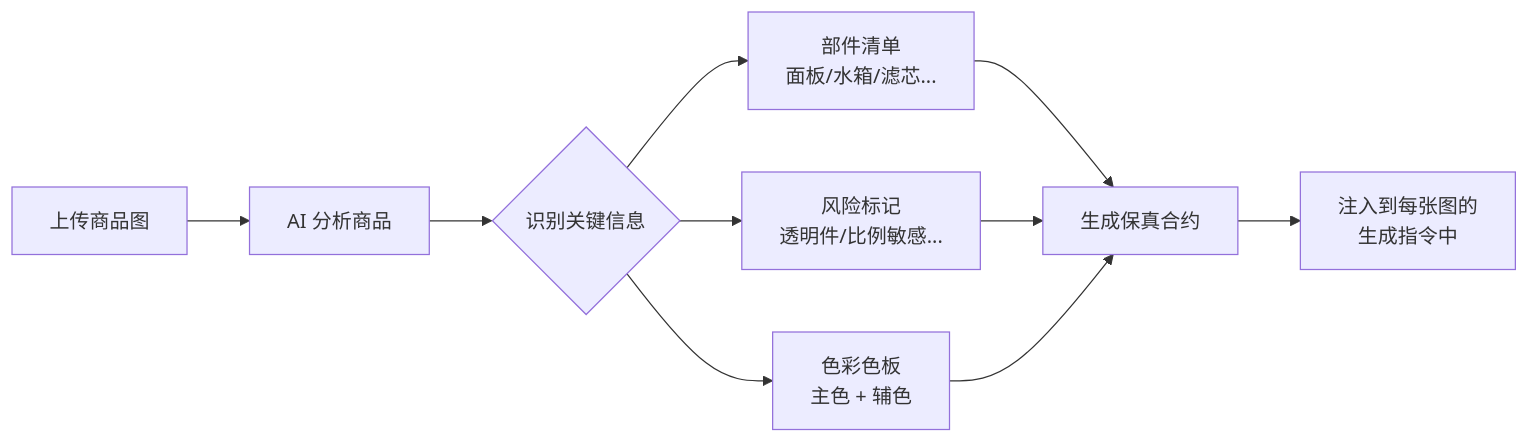
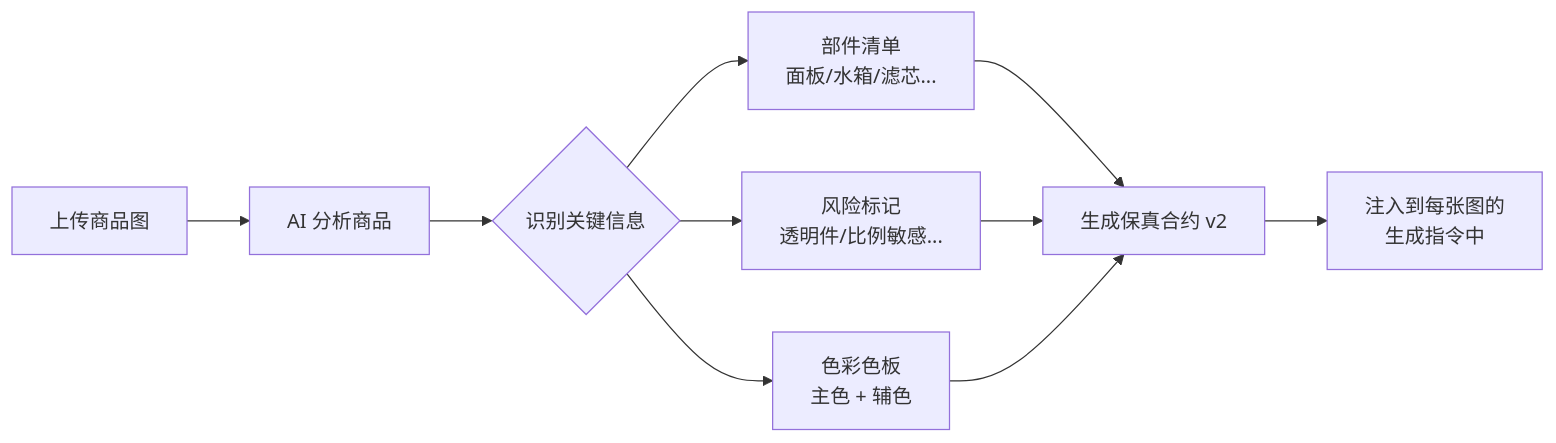
Before and after one commit to JackWPP/smartphoto_backend: the first of 7 diagrams in docs/pipeline_improvement_工作总结.md, drawn with Mermaid. The commit also changed other lines of this file and 11 other files, not shown here.

````diff
--- a/docs/pipeline_improvement_工作总结.md
+++ b/docs/pipeline_improvement_工作总结.md
@@ -39,10 +43,10 @@
 ```mermaid
 flowchart LR
     A[上传商品图] --> B[AI 分析商品]
     B --> C{识别关键信息}
     C --> D[部件清单<br>面板/水箱/滤芯...]
     C --> E[风险标记<br>透明件/比例敏感...]
     C --> F[色彩色板<br>主色 + 辅色]
-    D & E & F --> G[生成保真合约]
+    D & E & F --> G[生成保真合约 v2]
     G --> H[注入到每张图的<br>生成指令中]
 ```
````
